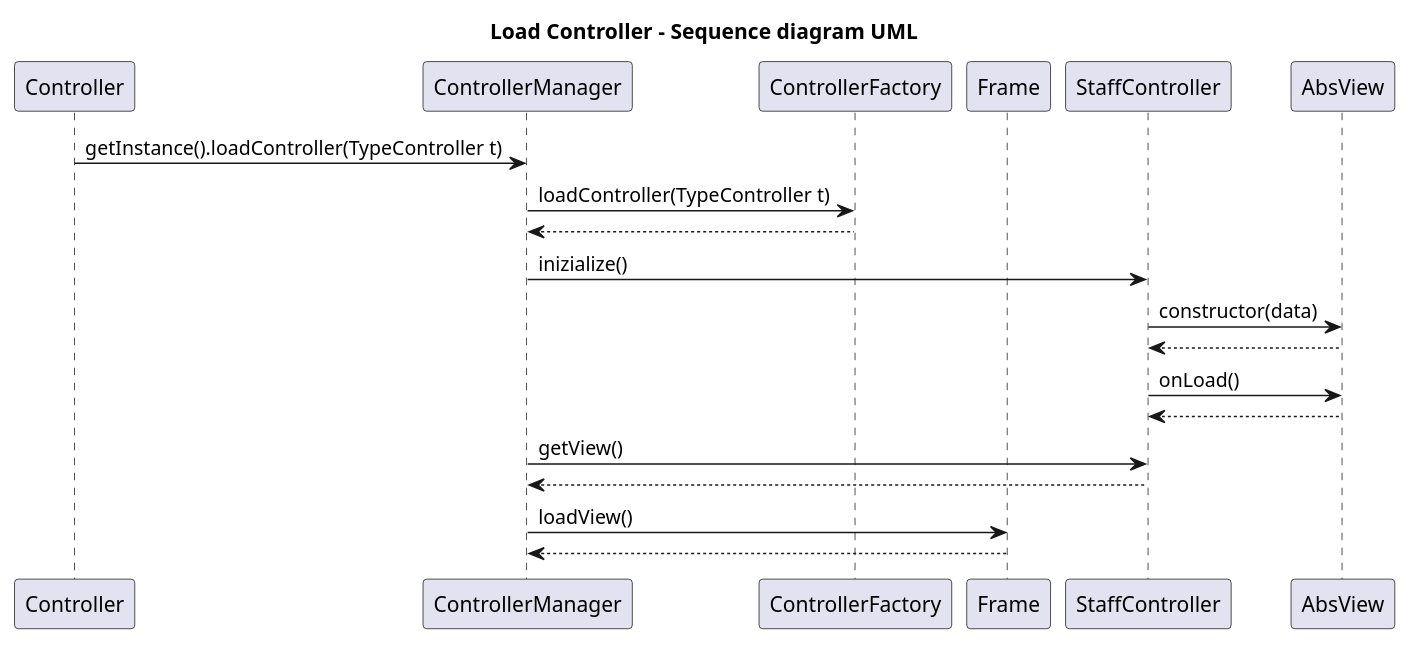
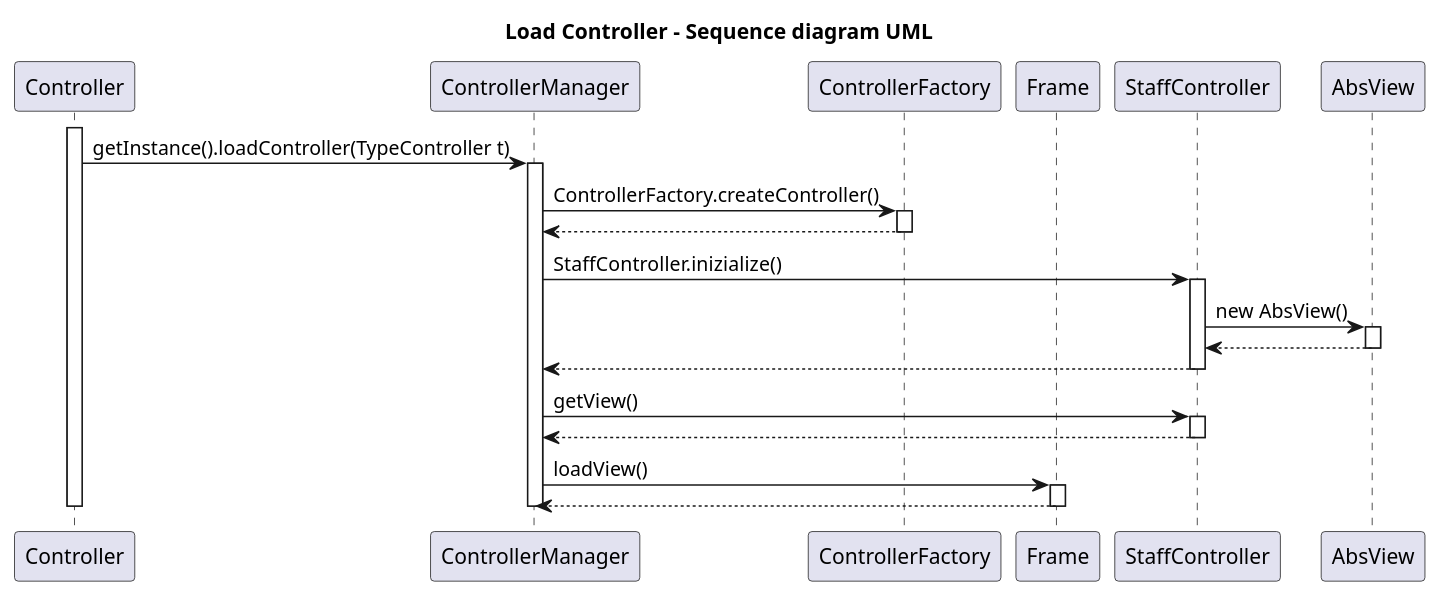
Before and after one commit to IngSW-unipv/Progetto-S24: the diagram in project_document/SECTOR1-UML/SEQUENCE_DIAGRAM/Sequence_Diagram_Load_Controller_uml.wsd, drawn with PlantUML. The commit also changed 1 other file, not shown here.

```diff
--- a/project_document/SECTOR1-UML/SEQUENCE_DIAGRAM/Sequence_Diagram_Load_Controller_uml.wsd
+++ b/project_document/SECTOR1-UML/SEQUENCE_DIAGRAM/Sequence_Diagram_Load_Controller_uml.wsd
@@ -1,31 +1,46 @@
 @startuml
 title Load Controller - Sequence diagram UML
 
 participant Controller
 participant ControllerManager
 participant ControllerFactory
 participant Frame
 participant StaffController
 participant AbsView
 
+activate Controller
+
 Controller -> ControllerManager: getInstance().loadController(TypeController t)
 
-ControllerManager -> ControllerFactory: loadController(TypeController t)
+activate ControllerManager
+
+
+ControllerManager -> ControllerFactory:  ControllerFactory.createController()
+activate ControllerFactory
 ControllerFactory --> ControllerManager
+deactivate ControllerFactory
 
-ControllerManager -> StaffController: inizialize()
+ControllerManager -> StaffController: StaffController.inizialize()
+activate StaffController
 
-StaffController -> AbsView: constructor(data)
-AbsView --> StaffController: 
-
-StaffController -> AbsView: onLoad()
-AbsView --> StaffController:
+StaffController -> AbsView: new AbsView()
+activate AbsView
+AbsView --> StaffController
+deactivate AbsView
+StaffController --> ControllerManager
+deactivate StaffController 
 
 ControllerManager -> StaffController: getView()
-StaffController --> ControllerManager: 
+activate StaffController
+StaffController --> ControllerManager
+deactivate StaffController 
 
 ControllerManager -> Frame: loadView()
-Frame --> ControllerManager: 
+activate Frame
+Frame --> ControllerManager
+deactivate Frame
 
+deactivate ControllerManager
+deactivate Controller
 
 @enduml
```
